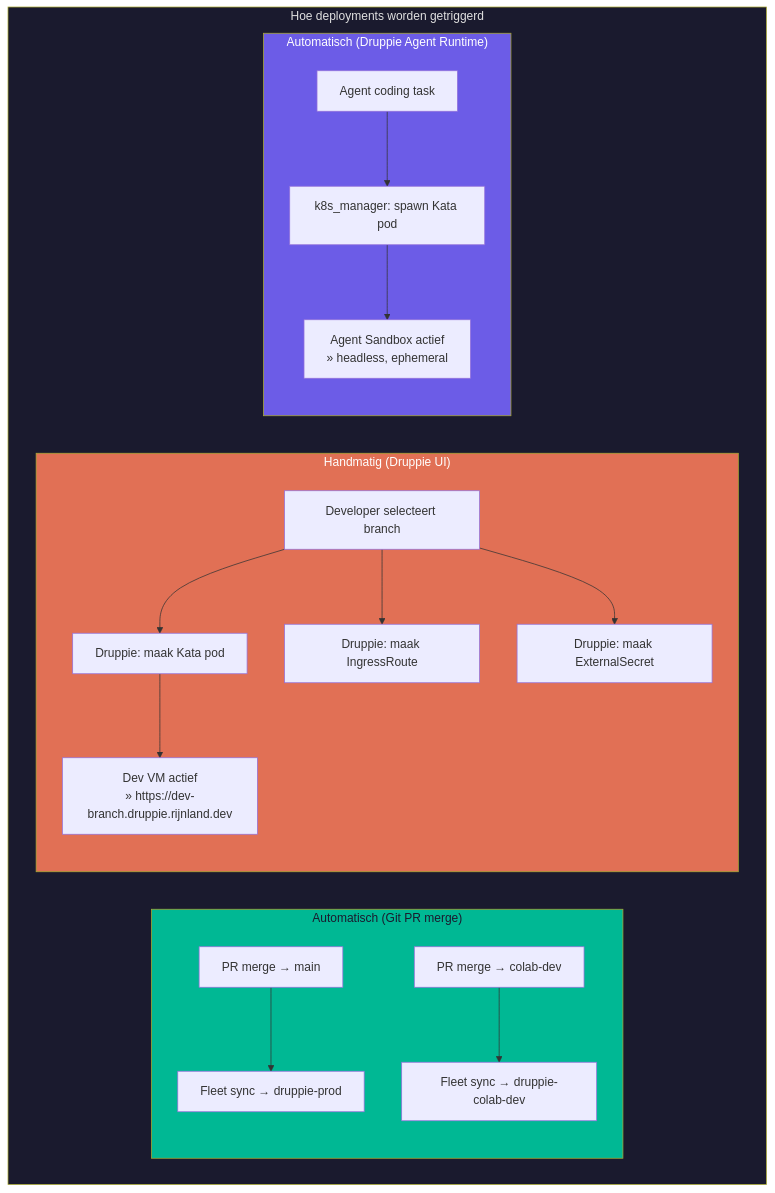
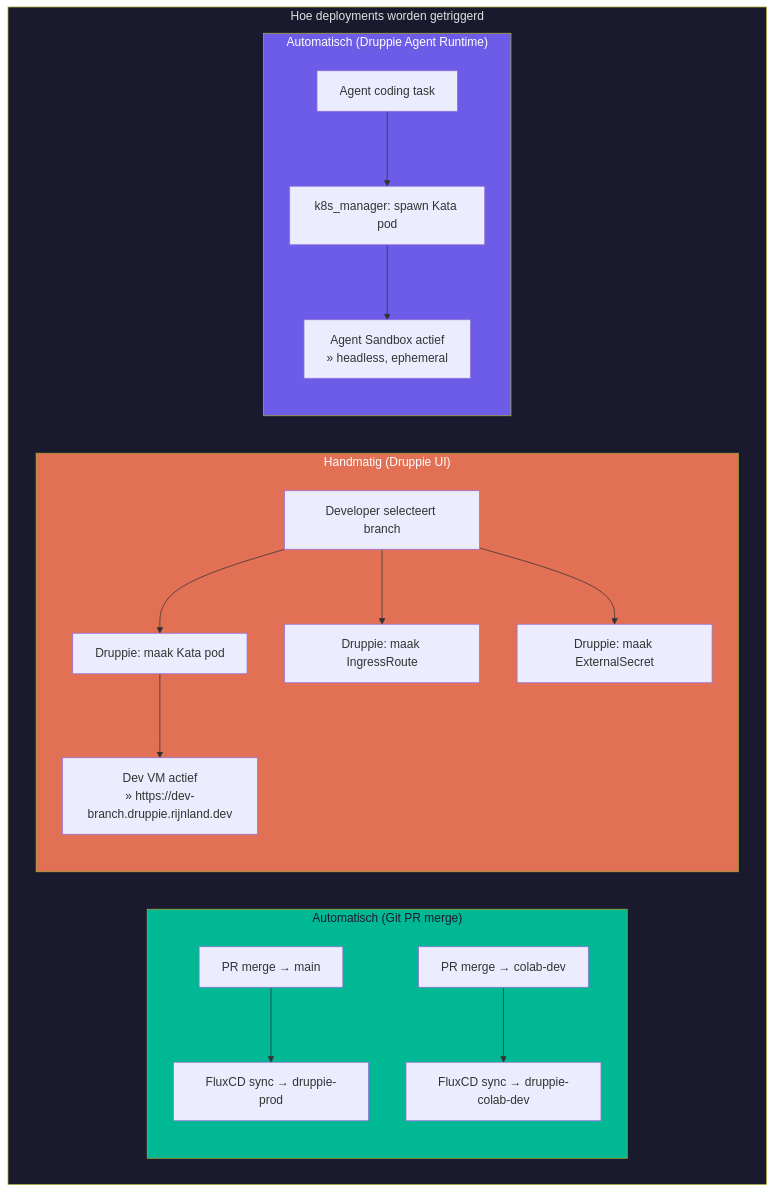
One commit to nuno-git/druppie-fork changed the eighth of 9 diagrams in docs/dev-environment-architecture.md. Above: the diagram before and after it, drawn with Mermaid. The commit also changed other lines of this file and 1 other file, not shown here.

First line of the commit message:
docs: FluxCD i.p.v. Fleet, Harbor i.p.v. Gitea Registry, externe services

````diff
--- a/docs/dev-environment-architecture.md
+++ b/docs/dev-environment-architecture.md
@@ -609,28 +614,28 @@
 ```mermaid
 flowchart TB
     subgraph Triggers["Hoe deployments worden getriggerd"]
         direction LR
 
         subgraph Auto["Automatisch (Git PR merge)"]
-            PR1["PR merge → main"] --> F1["Fleet sync → druppie-prod"]
-            PR2["PR merge → colab-dev"] --> F2["Fleet sync → druppie-colab-dev"]
+            PR1["PR merge → main"] --> F1["FluxCD sync → druppie-prod"]
+            PR2["PR merge → colab-dev"] --> F2["FluxCD sync → druppie-colab-dev"]
         end
 
         subgraph Manual["Handmatig (Druppie UI)"]
             D1["Developer selecteert branch"] --> K1["Druppie: maak Kata pod"]
             D1 --> K2["Druppie: maak IngressRoute"]
             D1 --> K3["Druppie: maak ExternalSecret"]
             K1 --> P1["Dev VM actief<br/>» https://dev-branch.druppie.rijnland.dev"]
         end
 
         subgraph AgentAuto["Automatisch (Druppie Agent Runtime)"]
             A1["Agent coding task"] --> A2["k8s_manager: spawn Kata pod"]
             A2 --> A3["Agent Sandbox actief<br/>» headless, ephemeral"]
         end
     end
 
     style Triggers fill:#1a1a2e,color:#e0e0e0
     style Auto fill:#00b894,color:#1a1a2e
     style Manual fill:#e17055,color:#ffffff
     style AgentAuto fill:#6c5ce7,color:#ffffff
 ```
````
